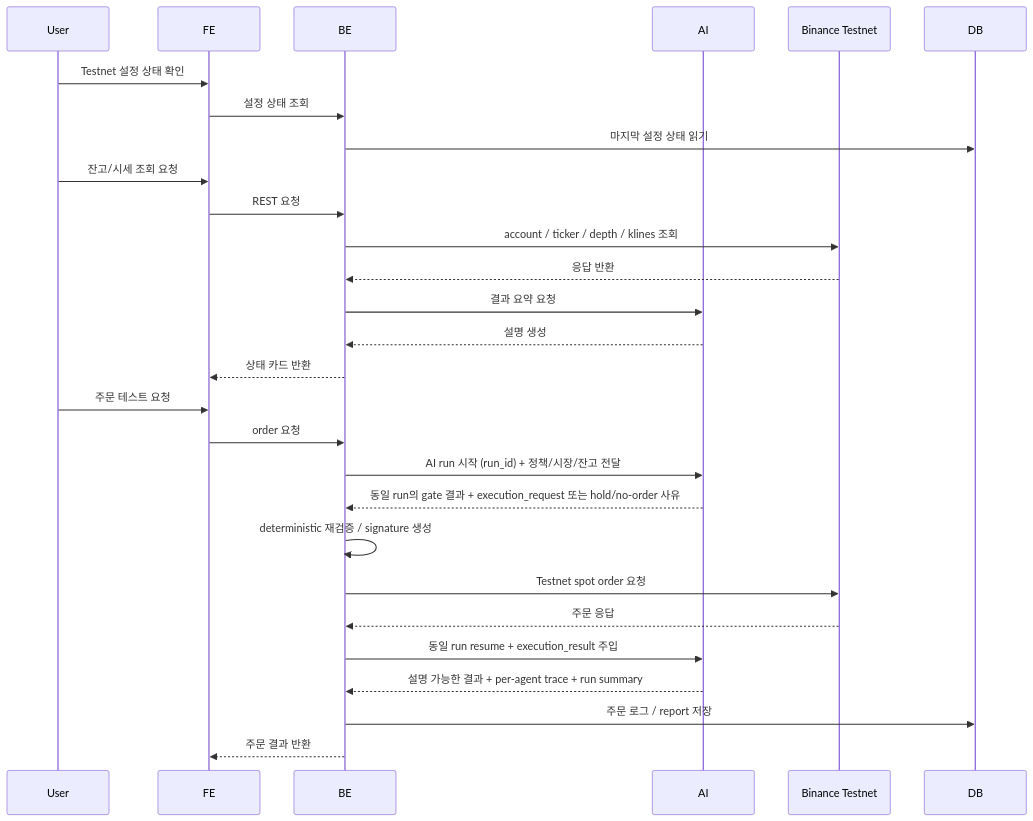
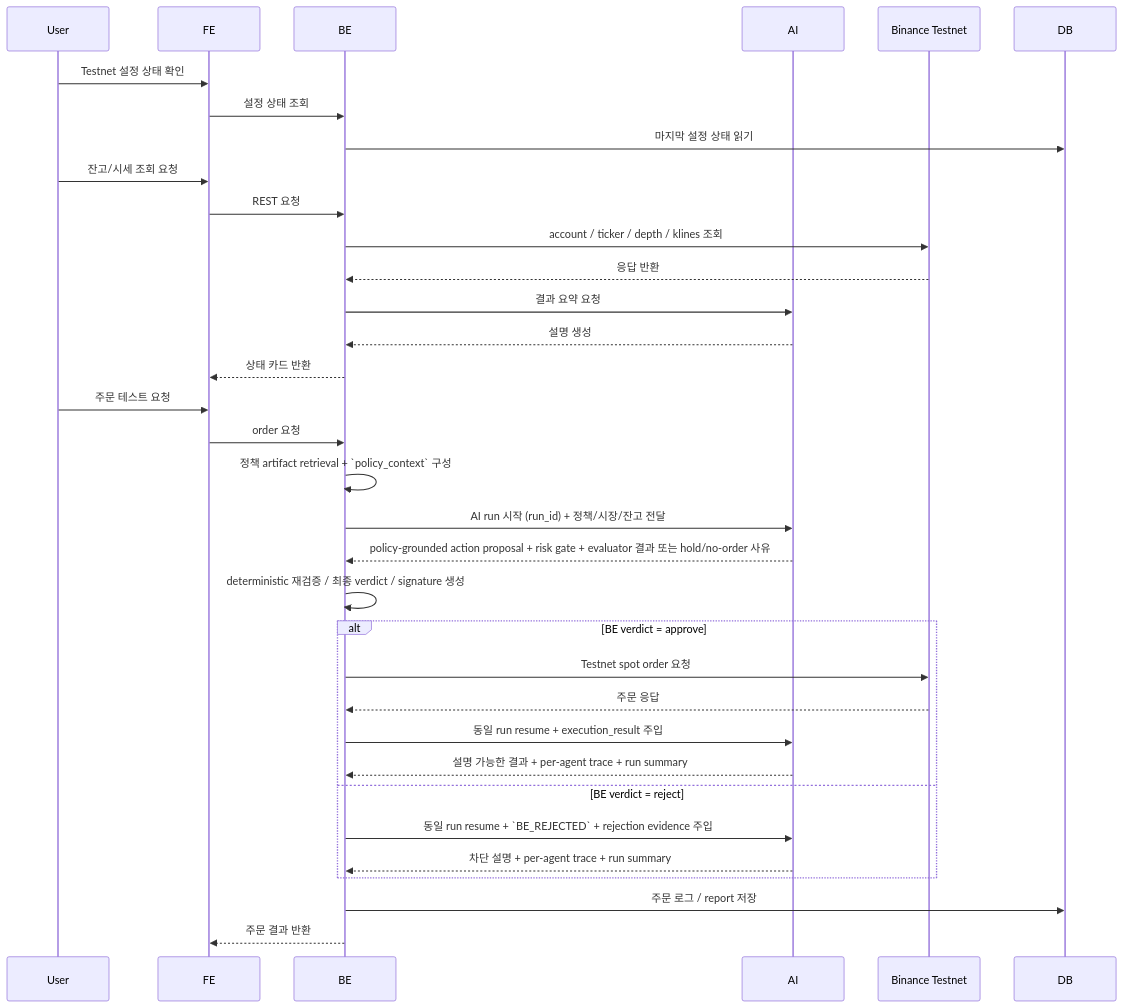
The third of 5 diagrams in ARCHITECTURE.md (UpstageAI/sw-maestro-project), drawn with Mermaid before and after one commit. The commit also changed other lines of this file and 8 other files, not shown here.

````diff
--- a/ARCHITECTURE.md
+++ b/ARCHITECTURE.md
@@ -92,31 +100,37 @@
 ```mermaid
 sequenceDiagram
     participant U as User
     participant F as FE
     participant B as BE
     participant A as AI
     participant T as Binance Testnet
     participant D as DB
 
     U->>F: Testnet 설정 상태 확인
     F->>B: 설정 상태 조회
     B->>D: 마지막 설정 상태 읽기
     U->>F: 잔고/시세 조회 요청
     F->>B: REST 요청
     B->>T: account / ticker / depth / klines 조회
     T-->>B: 응답 반환
     B->>A: 결과 요약 요청
     A-->>B: 설명 생성
     B-->>F: 상태 카드 반환
     U->>F: 주문 테스트 요청
     F->>B: order 요청
+    B->>B: 정책 artifact retrieval + `policy_context` 구성
     B->>A: AI run 시작 (run_id) + 정책/시장/잔고 전달
-    A-->>B: 동일 run의 gate 결과 + execution_request 또는 hold/no-order 사유
-    B->>B: deterministic 재검증 / signature 생성
-    B->>T: Testnet spot order 요청
-    T-->>B: 주문 응답
-    B->>A: 동일 run resume + execution_result 주입
-    A-->>B: 설명 가능한 결과 + per-agent trace + run summary
+    A-->>B: policy-grounded action proposal + risk gate + evaluator 결과 또는 hold/no-order 사유
+    B->>B: deterministic 재검증 / 최종 verdict / signature 생성
+    alt BE verdict = approve
+        B->>T: Testnet spot order 요청
+        T-->>B: 주문 응답
+        B->>A: 동일 run resume + execution_result 주입
+        A-->>B: 설명 가능한 결과 + per-agent trace + run summary
+    else BE verdict = reject
+        B->>A: 동일 run resume + `BE_REJECTED` + rejection evidence 주입
+        A-->>B: 차단 설명 + per-agent trace + run summary
+    end
     B->>D: 주문 로그 / report 저장
     B-->>F: 주문 결과 반환
 ```
````
